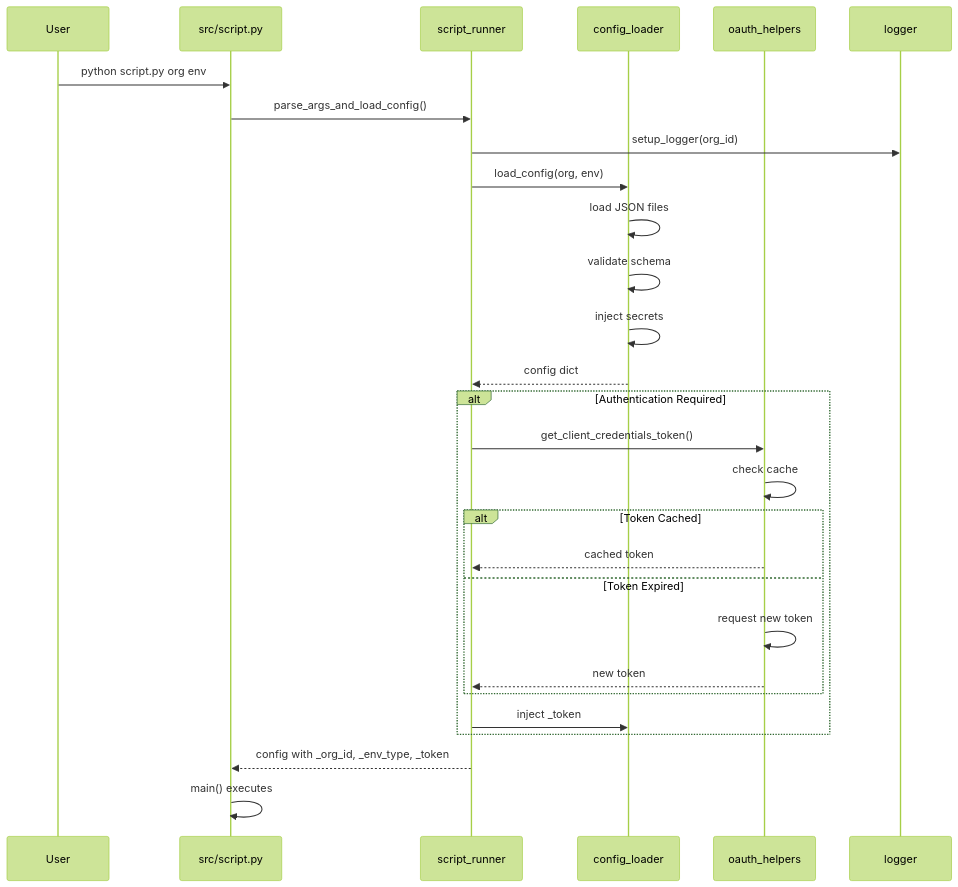
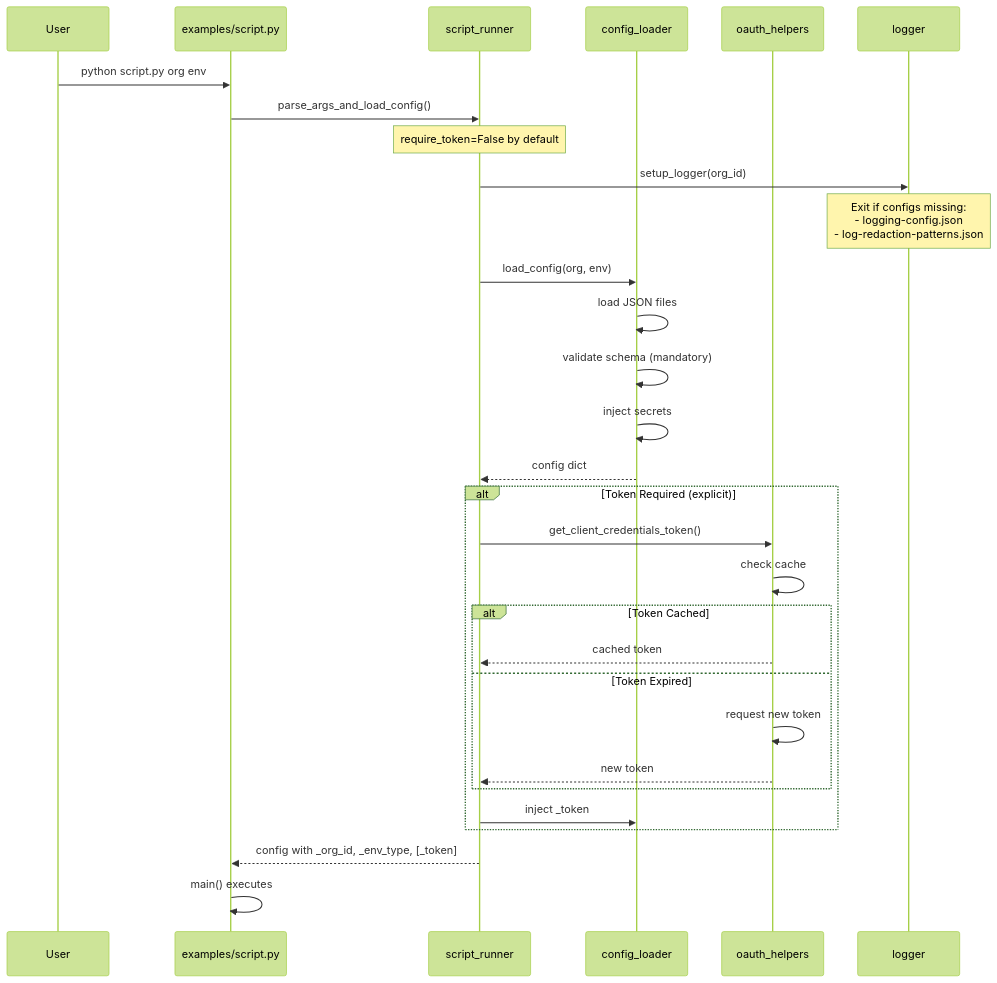
The second of 4 diagrams in module-dependency-diagram.md (tentixo/txo-python-template), drawn with Mermaid (forest theme) before and after one commit. The commit also changed other lines of this file and 11 other files, not shown here.

````diff
--- a/module-dependency-diagram.md
+++ b/module-dependency-diagram.md
@@ -127,33 +203,39 @@
 ```mermaid
 sequenceDiagram
     participant User
-    participant Script as src/script.py
+    participant Script as examples/script.py
     participant Runner as script_runner
     participant Config as config_loader
     participant OAuth as oauth_helpers
     participant Logger as logger
 
     User->>Script: python script.py org env
     Script->>Runner: parse_args_and_load_config()
+    
+    Note over Runner: require_token=False by default
+    
     Runner->>Logger: setup_logger(org_id)
+    
+    Note over Logger: Exit if configs missing:<br/>- logging-config.json<br/>- log-redaction-patterns.json
+    
     Runner->>Config: load_config(org, env)
     Config->>Config: load JSON files
-    Config->>Config: validate schema
+    Config->>Config: validate schema (mandatory)
     Config->>Config: inject secrets
     Config-->>Runner: config dict
     
-    alt Authentication Required
+    alt Token Required (explicit)
         Runner->>OAuth: get_client_credentials_token()
         OAuth->>OAuth: check cache
         alt Token Cached
             OAuth-->>Runner: cached token
         else Token Expired
             OAuth->>OAuth: request new token
             OAuth-->>Runner: new token
         end
         Runner->>Config: inject _token
     end
     
-    Runner-->>Script: config with _org_id, _env_type, _token
+    Runner-->>Script: config with _org_id, _env_type, [_token]
     Script->>Script: main() executes
 ```
````
